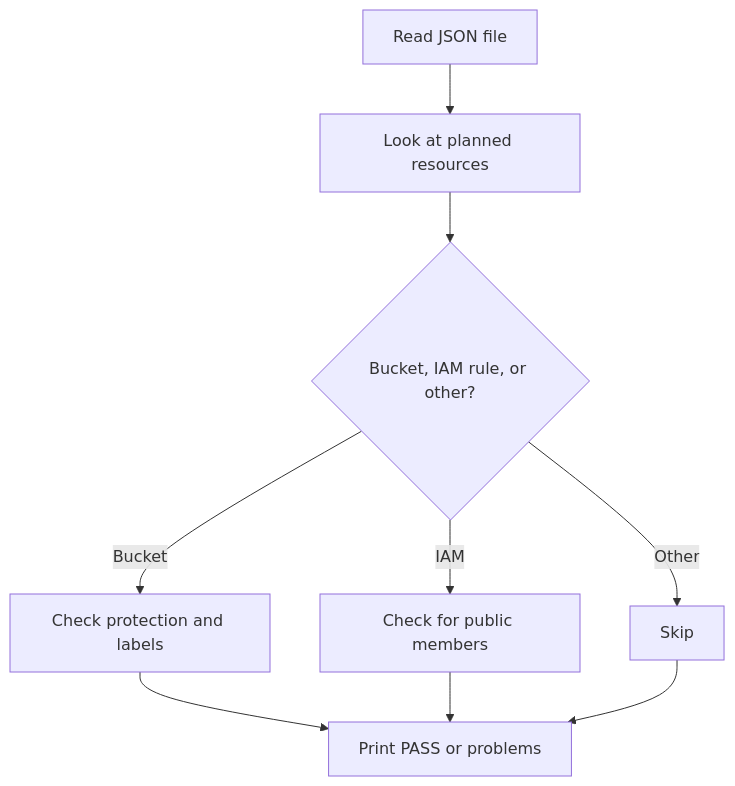
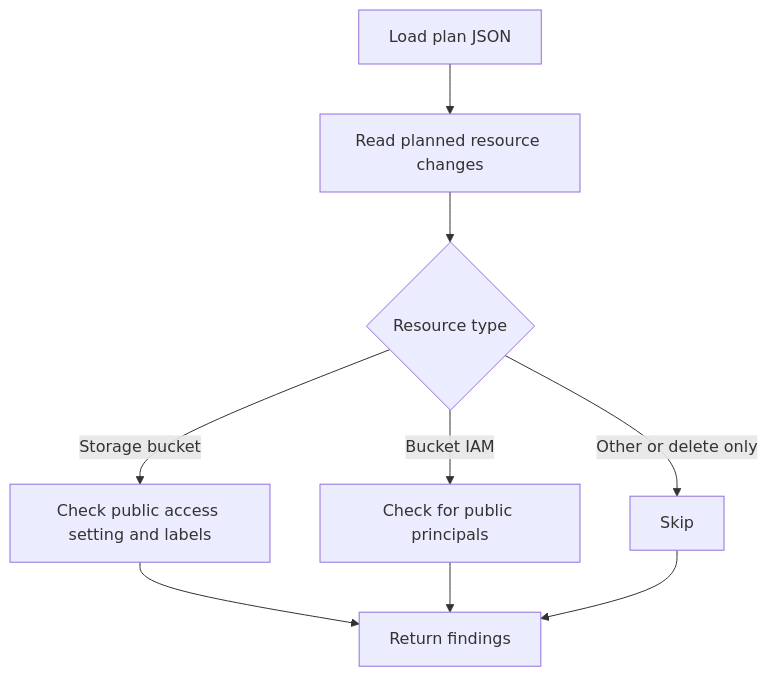
One commit to mhachem110/coding-clinic-problem-8-gcp changed the second of 2 diagrams in PRESENTATION.md. Above: the diagram before and after it, drawn with Mermaid. The commit also changed other lines of this file, not shown here.

````diff
--- a/PRESENTATION.md
+++ b/PRESENTATION.md
@@ -73,11 +62,11 @@
 ```mermaid
 flowchart TD
-    A[Read JSON file] --> B[Look at planned resources]
-    B --> C{Bucket, IAM rule, or other?}
-    C -->|Bucket| D[Check protection and labels]
-    C -->|IAM| E[Check for public members]
-    C -->|Other| F[Skip]
-    D --> G[Print PASS or problems]
+    A[Load plan JSON] --> B[Read planned resource changes]
+    B --> C{Resource type}
+    C -->|Storage bucket| D[Check public access setting and labels]
+    C -->|Bucket IAM| E[Check for public principals]
+    C -->|Other or delete only| F[Skip]
+    D --> G[Return findings]
     E --> G
     F --> G
 ```
````
